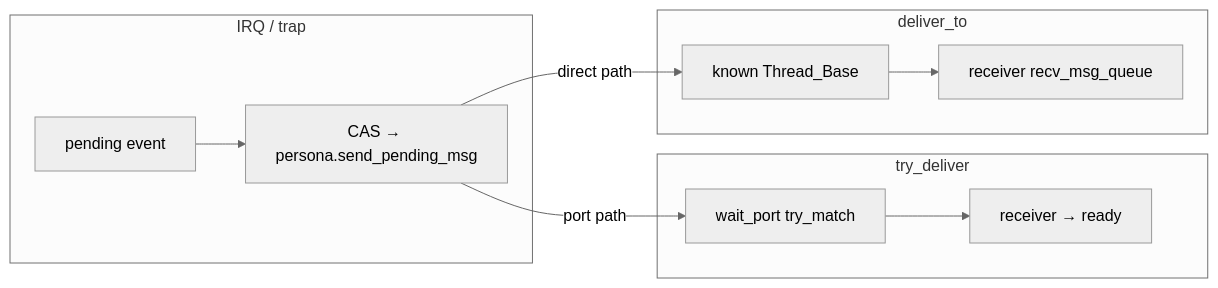
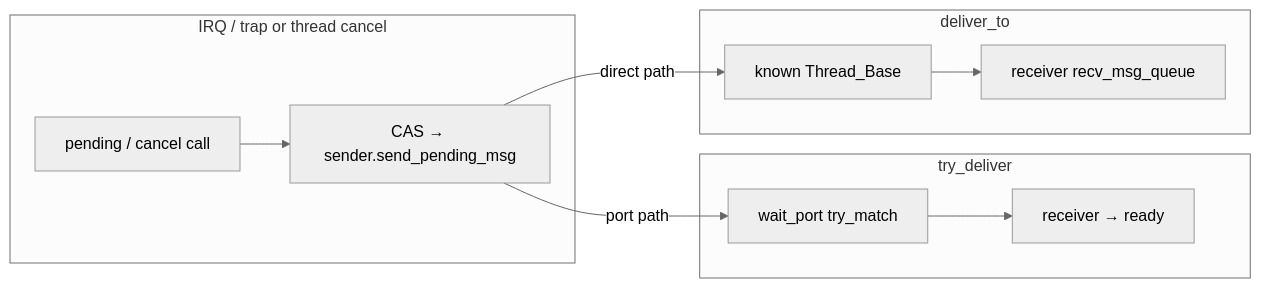
The fifth of 5 diagrams in docs/ipc.md (ZhiyuanSue/RendezvOS), drawn with Mermaid (neutral theme) before and after one commit. The commit also changed other lines of this file and 7 other files, not shown here.

````diff
--- a/docs/ipc.md
+++ b/docs/ipc.md
@@ -324,21 +338,21 @@
 ```mermaid
 flowchart LR
-  subgraph irq [IRQ / trap]
-    PND[pending event]
-    STG["CAS → persona.send_pending_msg"]
+  subgraph irq [IRQ / trap or thread cancel]
+    PND[pending / cancel call]
+    STG["CAS → sender.send_pending_msg"]
   end
 
   subgraph mode1 [try_deliver]
     PORT[wait_port try_match]
     WAKE[receiver → ready]
   end
 
   subgraph mode2 [deliver_to]
     TCB[known Thread_Base]
     RQ[receiver recv_msg_queue]
   end
 
   PND --> STG
   STG -->|port path| PORT --> WAKE
   STG -->|direct path| TCB --> RQ
 ```
````
